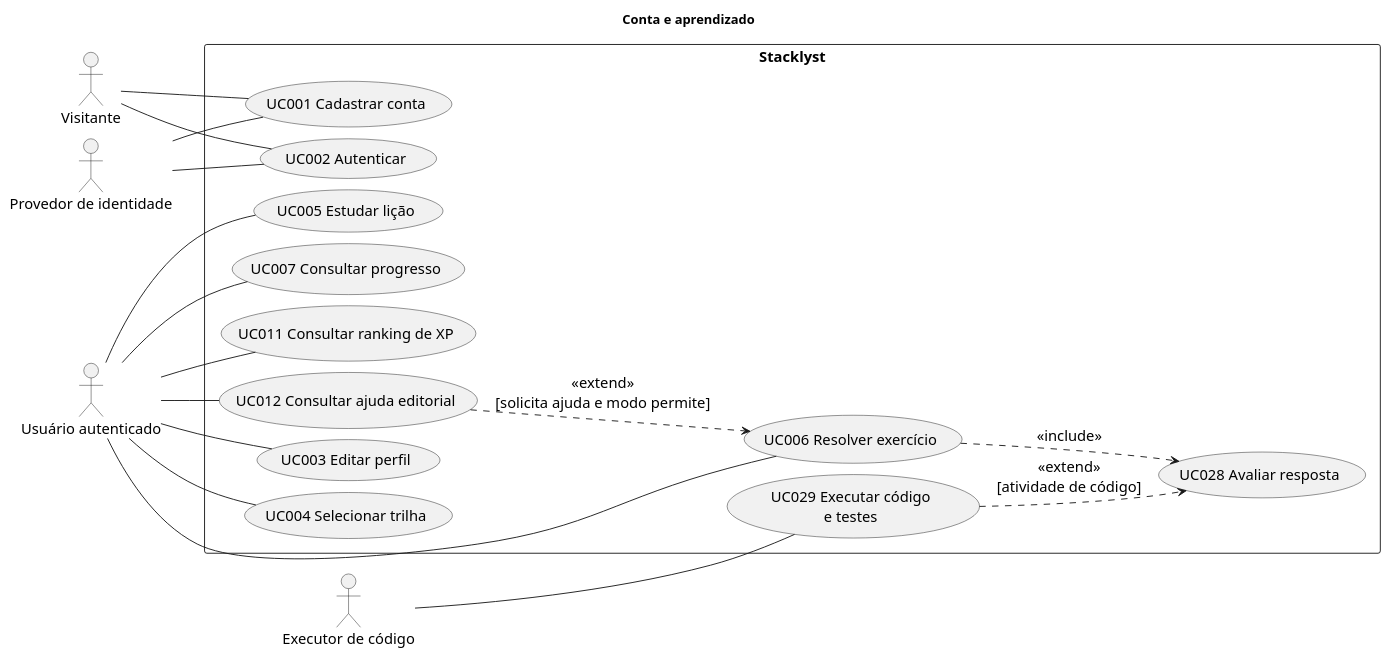
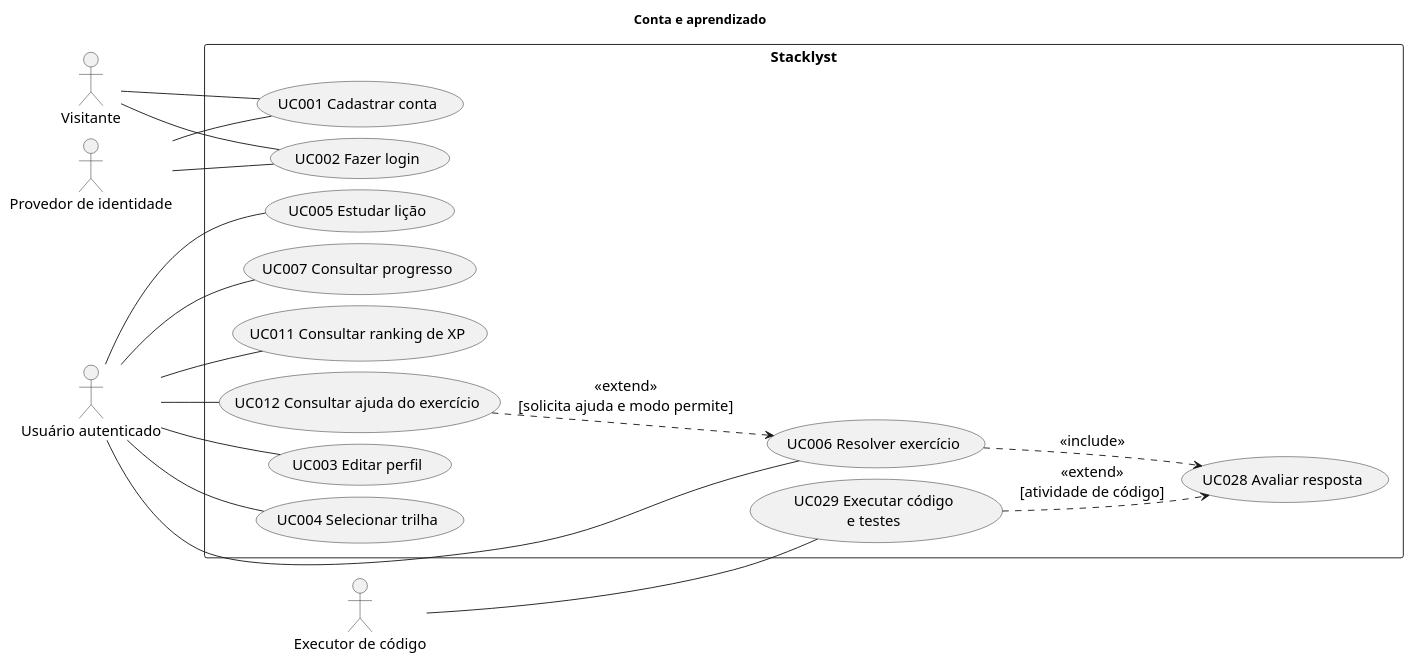
The diagram in docs/laboratorio-engenharia-software/diagramas/fontes/casos-aprendizado.puml (pedrotescaro/Stacklyst), drawn with PlantUML before and after one commit. The commit also changed 11 other files, not shown here.

```diff
--- a/docs/laboratorio-engenharia-software/diagramas/fontes/casos-aprendizado.puml
+++ b/docs/laboratorio-engenharia-software/diagramas/fontes/casos-aprendizado.puml
@@ -1,42 +1,42 @@
 @startuml
 title Conta e aprendizado
 left to right direction
 skinparam monochrome true
 skinparam shadowing false
 skinparam defaultFontName Arial
 skinparam defaultFontSize 16
 skinparam nodesep 12
 skinparam ranksep 35
 actor Visitante
 actor "Usuário autenticado" as Usuario
 actor "Provedor de identidade" as Auth
 actor "Executor de código" as Runner
 rectangle Stacklyst {
   usecase "UC001 Cadastrar conta" as UC001
-  usecase "UC002 Autenticar" as UC002
+  usecase "UC002 Fazer login" as UC002
   usecase "UC003 Editar perfil" as UC003
   usecase "UC004 Selecionar trilha" as UC004
   usecase "UC005 Estudar lição" as UC005
   usecase "UC006 Resolver exercício" as UC006
   usecase "UC007 Consultar progresso" as UC007
   usecase "UC011 Consultar ranking de XP" as UC011
-  usecase "UC012 Consultar ajuda editorial" as UC012
+  usecase "UC012 Consultar ajuda do exercício" as UC012
   usecase "UC028 Avaliar resposta" as UC028
   usecase "UC029 Executar código\ne testes" as UC029
 }
 Visitante -- UC001
 Visitante -- UC002
 Auth -- UC001
 Auth -- UC002
 Usuario -- UC003
 Usuario -- UC004
 Usuario -- UC005
 Usuario -- UC006
 Usuario -- UC007
 Usuario -- UC011
 Usuario -- UC012
 Runner -- UC029
 UC006 ..> UC028 : <<include>>
 UC029 ..> UC028 : <<extend>>\n[atividade de código]
 UC012 ..> UC006 : <<extend>>\n[solicita ajuda e modo permite]
 @enduml
```
